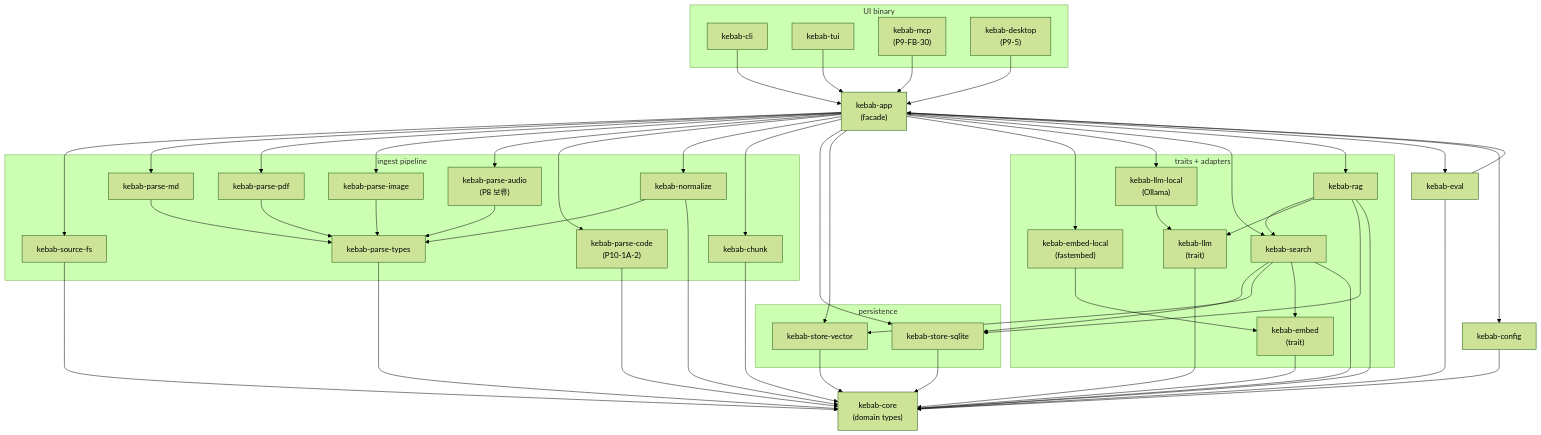
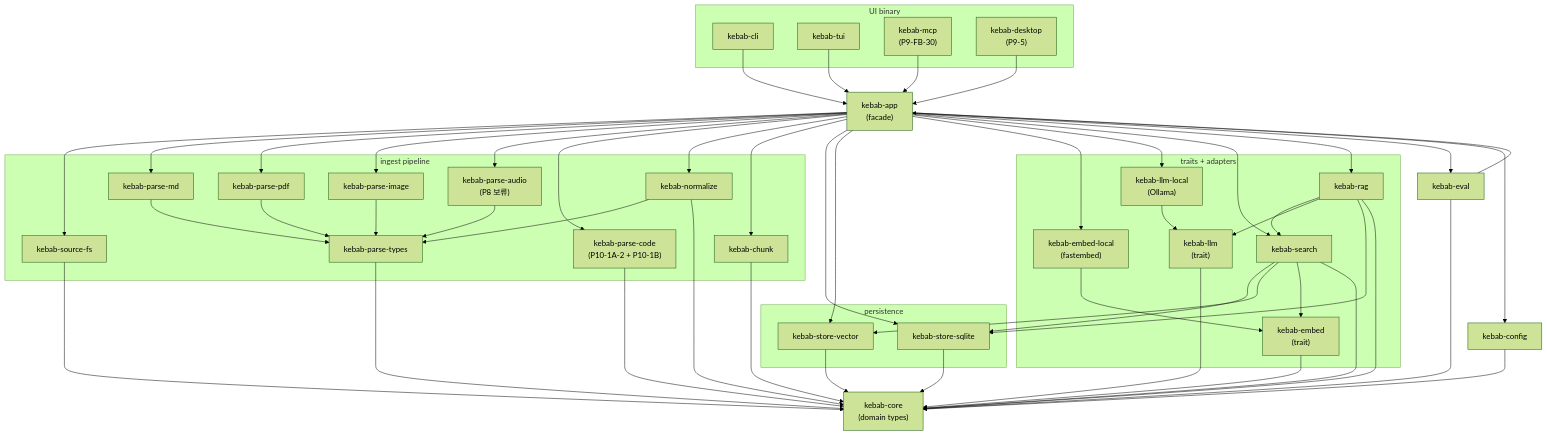
One commit to altair823/kebab changed the diagram in docs/ARCHITECTURE.md. Above: the diagram before and after it, drawn with Mermaid (forest theme). The commit also changed other lines of this file and 10 other files, not shown here.

Commit message:
docs(p10-1b): README/HANDOFF/ARCHITECTURE/SMOKE/INDEX + HOTFIXES; chore: bump version 0.7.0 → 0.8.0

```diff
--- a/docs/ARCHITECTURE.md
+++ b/docs/ARCHITECTURE.md
@@ -51,7 +52,7 @@
         ppdf["kebab-parse-pdf"]
         pimg["kebab-parse-image"]
         paud["kebab-parse-audio<br/>(P8 보류)"]
-        pcode["kebab-parse-code<br/>(P10-1A-2)"]
+        pcode["kebab-parse-code<br/>(P10-1A-2 + P10-1B)"]
         ptypes["kebab-parse-types"]
         norm["kebab-normalize"]
         chunk["kebab-chunk"]
```
